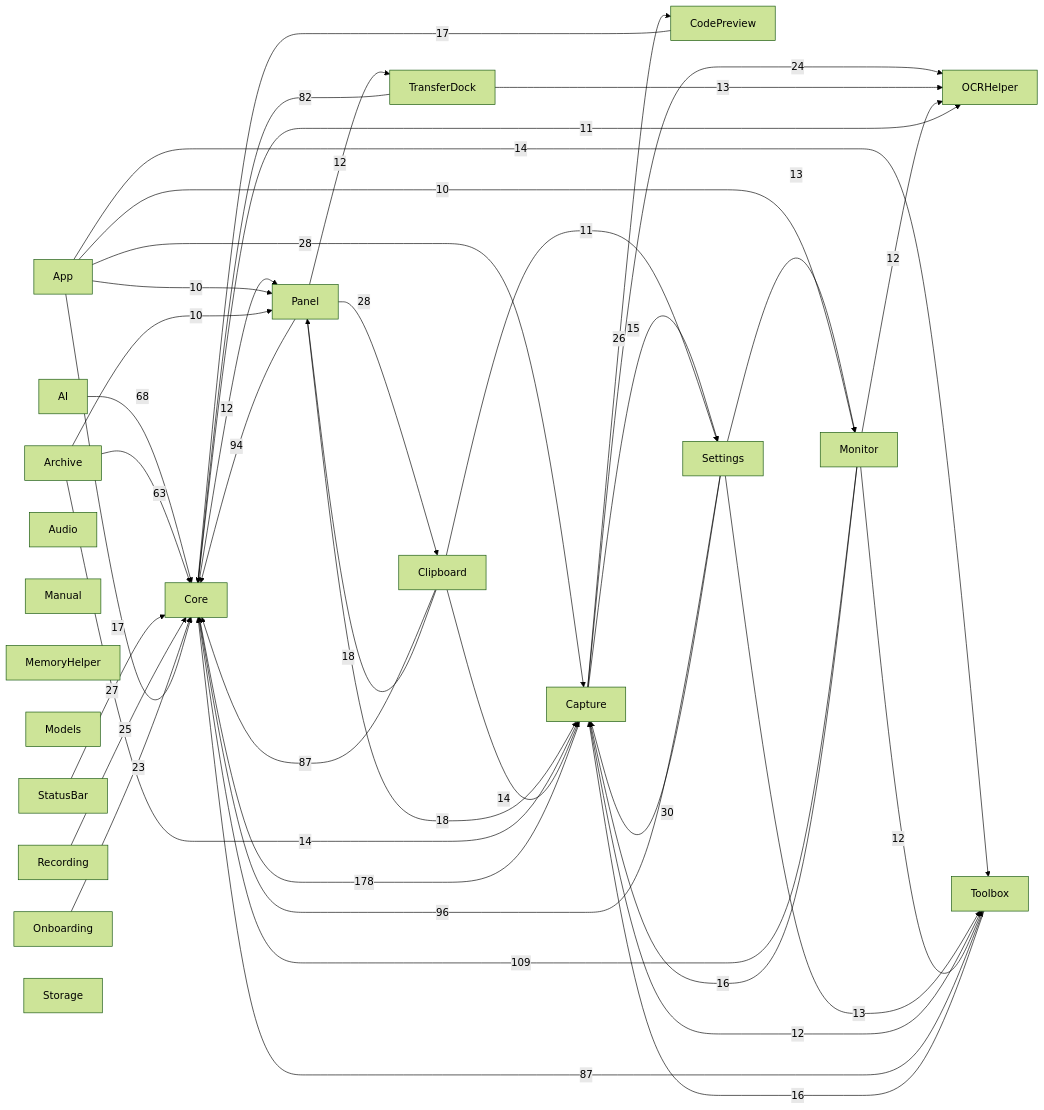
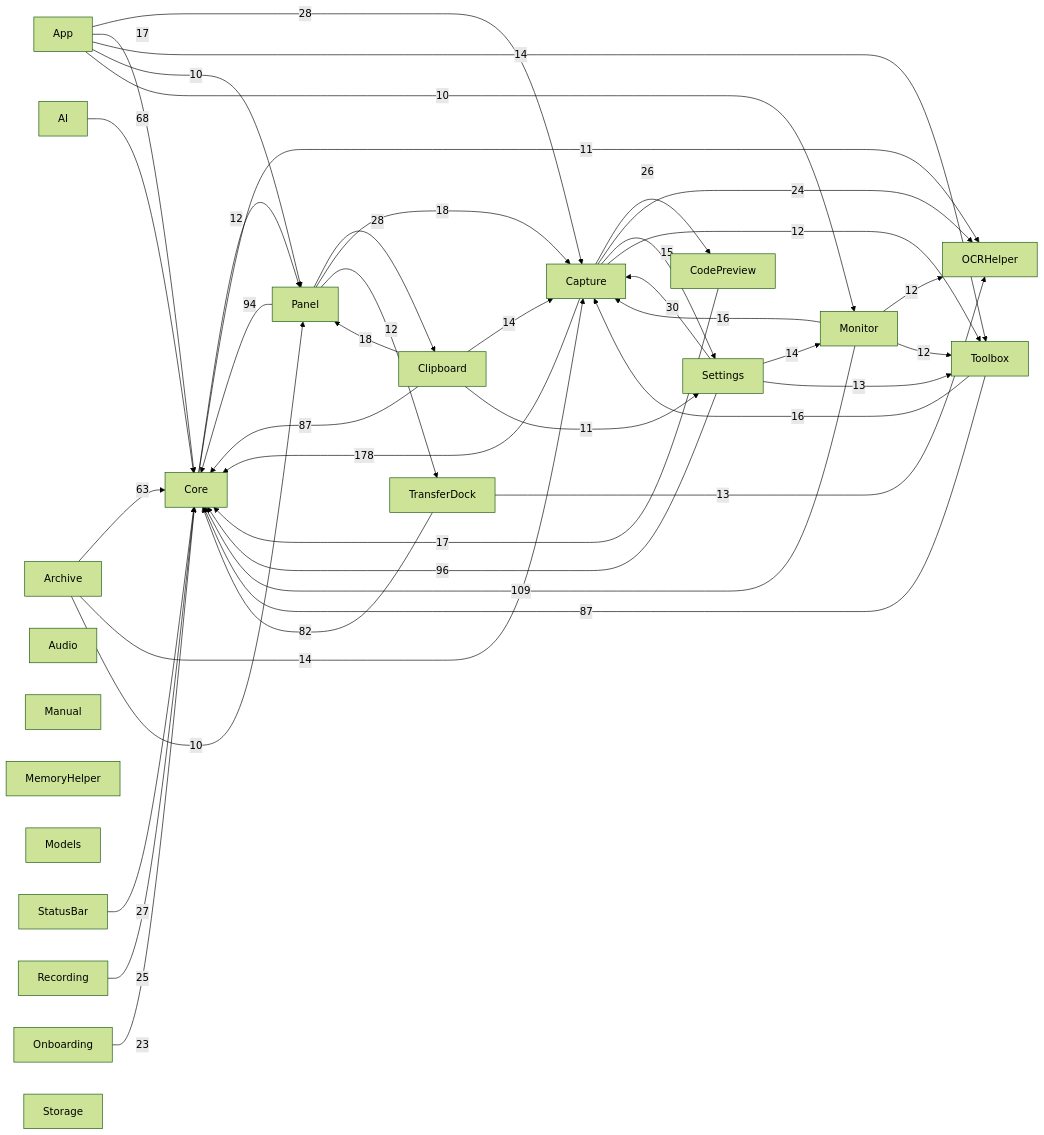
The diagram in docs/00-总览/模块依赖图.md (sxyq/Kitnest), drawn with Mermaid (forest theme) before and after one commit. The commit also changed other lines of this file and 10 other files, not shown here.

````diff
--- a/docs/00-总览/模块依赖图.md
+++ b/docs/00-总览/模块依赖图.md
@@ -35,64 +35,64 @@
 ```mermaid
 flowchart LR
   M0["AI"]
   M1["App"]
   M2["Archive"]
   M3["Audio"]
   M4["Capture"]
   M5["Clipboard"]
   M6["CodePreview"]
   M7["Core"]
   M8["Manual"]
   M9["MemoryHelper"]
   M10["Models"]
   M11["Monitor"]
   M12["OCRHelper"]
   M13["Onboarding"]
   M14["Panel"]
   M15["Recording"]
   M16["Settings"]
   M17["StatusBar"]
   M18["Storage"]
   M19["Toolbox"]
   M20["TransferDock"]
   M4 -->|178| M7
   M11 -->|109| M7
   M16 -->|96| M7
   M14 -->|94| M7
   M19 -->|87| M7
   M5 -->|87| M7
   M20 -->|82| M7
   M0 -->|68| M7
   M2 -->|63| M7
   M16 -->|30| M4
   M1 -->|28| M4
   M14 -->|28| M5
   M17 -->|27| M7
   M4 -->|26| M6
   M15 -->|25| M7
   M4 -->|24| M12
   M13 -->|23| M7
   M14 -->|18| M4
   M5 -->|18| M14
   M1 -->|17| M7
   M6 -->|17| M7
   M11 -->|16| M4
   M19 -->|16| M4
   M4 -->|15| M16
   M1 -->|14| M19
+  M16 -->|14| M11
   M2 -->|14| M4
   M5 -->|14| M4
   M16 -->|13| M19
-  M16 -->|13| M11
   M20 -->|13| M12
   M7 -->|12| M14
   M4 -->|12| M19
   M11 -->|12| M12
   M11 -->|12| M19
   M14 -->|12| M20
   M7 -->|11| M12
   M5 -->|11| M16
+  M1 -->|10| M14
   M1 -->|10| M11
-  M1 -->|10| M14
   M2 -->|10| M14
 ```
````
